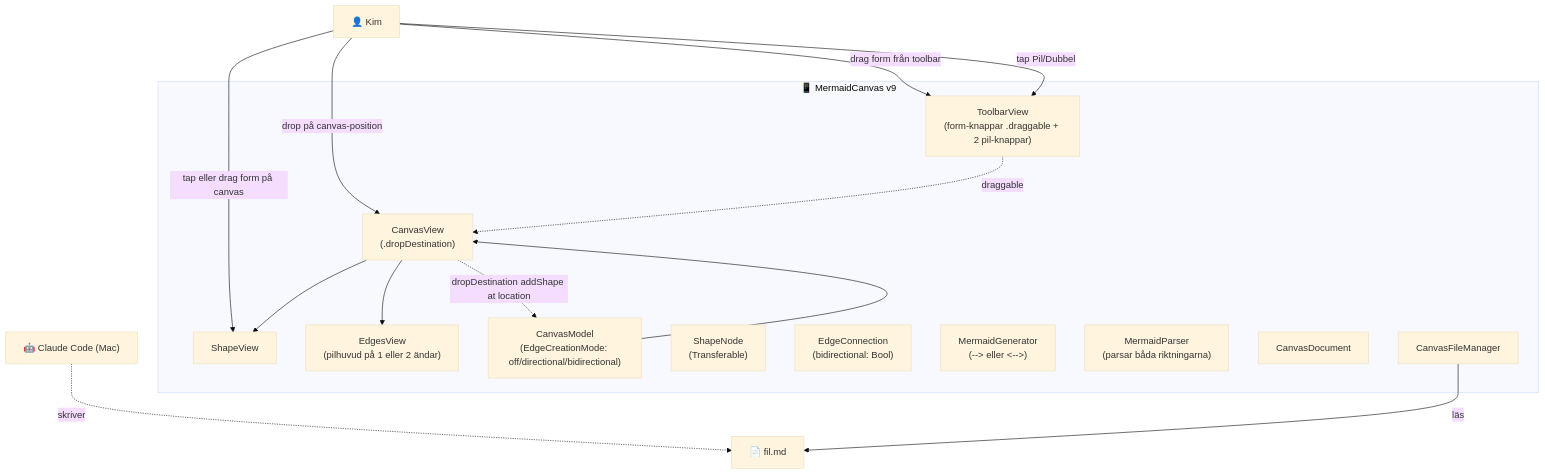
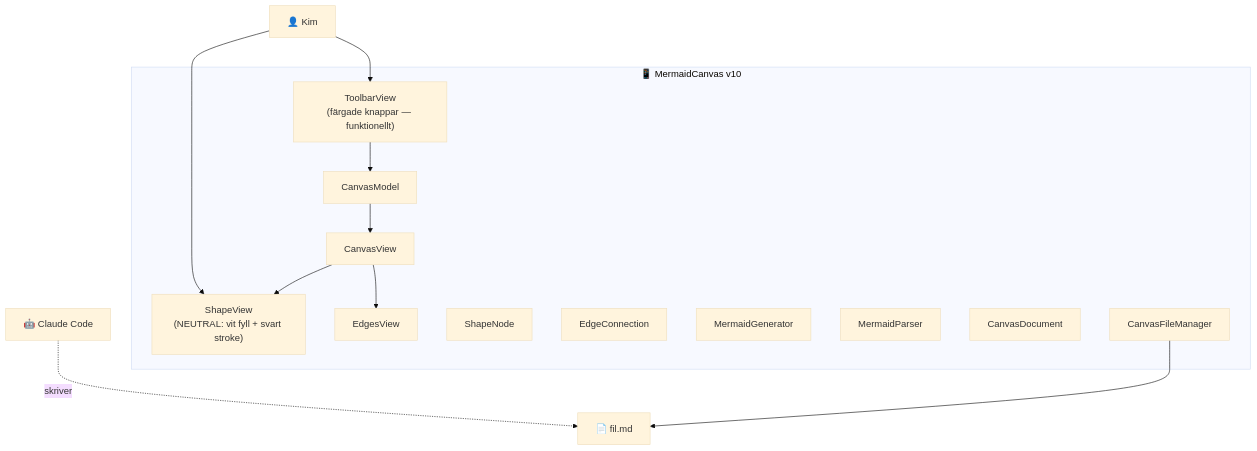
Before and after one commit to kim0scar/MermaidCanvas: the diagram in ARKITEKTUR-MERMAID.md, drawn with Mermaid (base theme). The commit also changed other lines of this file and 2 other files, not shown here.

````diff
--- a/ARKITEKTUR-MERMAID.md
+++ b/ARKITEKTUR-MERMAID.md
@@ -8,36 +10,30 @@
 ```mermaid
 flowchart TD
     Kim["👤 Kim"]
-    Claude["🤖 Claude Code (Mac)"]
+    Claude["🤖 Claude Code"]
 
-    subgraph App["📱 MermaidCanvas v9"]
-        ToolbarView["ToolbarView<br/>(form-knappar .draggable + 2 pil-knappar)"]
-        CanvasView["CanvasView<br/>(.dropDestination)"]
-        ShapeView["ShapeView"]
-        EdgesView["EdgesView<br/>(pilhuvud på 1 eller 2 ändar)"]
-        CanvasModel["CanvasModel<br/>(EdgeCreationMode: off/directional/bidirectional)"]
-        ShapeNode["ShapeNode<br/>(Transferable)"]
-        EdgeConnection["EdgeConnection<br/>(bidirectional: Bool)"]
-        MermaidGenerator["MermaidGenerator<br/>(--> eller <-->)"]
-        MermaidParser["MermaidParser<br/>(parsar båda riktningarna)"]
+    subgraph App["📱 MermaidCanvas v10"]
+        ToolbarView["ToolbarView<br/>(färgade knappar — funktionellt)"]
+        CanvasView["CanvasView"]
+        ShapeView["ShapeView<br/>(NEUTRAL: vit fyll + svart stroke)"]
+        EdgesView["EdgesView"]
+        CanvasModel["CanvasModel"]
+        ShapeNode["ShapeNode"]
+        EdgeConnection["EdgeConnection"]
+        MermaidGenerator["MermaidGenerator"]
+        MermaidParser["MermaidParser"]
         CanvasDocument["CanvasDocument"]
         CanvasFileManager["CanvasFileManager"]
     end
 
     File["📄 fil.md"]
 
-    Kim -->|drag form från toolbar| ToolbarView
-    Kim -->|drop på canvas-position| CanvasView
-    Kim -->|tap eller drag form på canvas| ShapeView
-    Kim -->|tap Pil/Dubbel| ToolbarView
-
-    ToolbarView -.draggable.-> CanvasView
-    CanvasView -.dropDestination addShape at location.-> CanvasModel
-
+    Kim --> ToolbarView
+    Kim --> ShapeView
+    ToolbarView --> CanvasModel
     CanvasModel --> CanvasView
     CanvasView --> ShapeView
     CanvasView --> EdgesView
-
     Claude -.->|skriver| File
-    CanvasFileManager -->|läs| File
+    CanvasFileManager --> File
 ```
````
